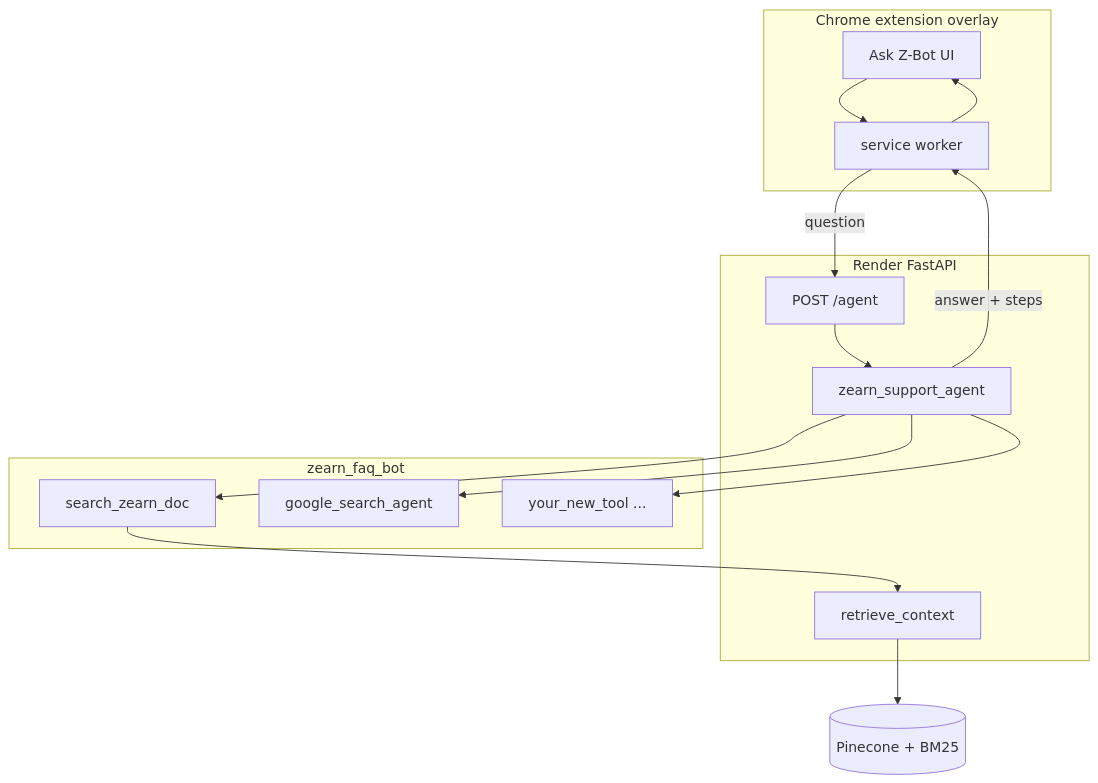
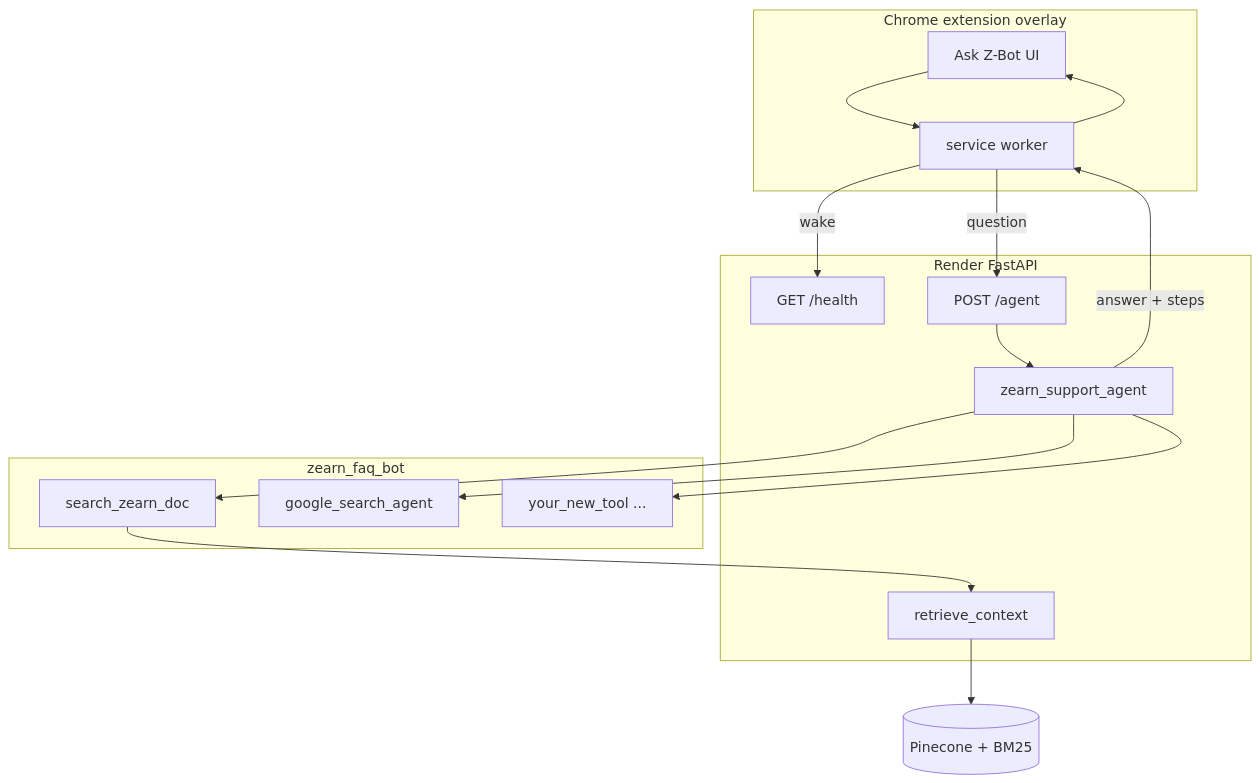
Before and after one commit to angyb/AI-Internship: the diagram in ai-engineering-bootcamp-v2/week-2/rag-vector-databases/chrome-extension-plan.md, drawn with Mermaid. The commit also changed other lines of this file, not shown here.

````diff
--- a/ai-engineering-bootcamp-v2/week-2/rag-vector-databases/chrome-extension-plan.md
+++ b/ai-engineering-bootcamp-v2/week-2/rag-vector-databases/chrome-extension-plan.md
@@ -88,32 +99,34 @@
 ```mermaid
 flowchart TB
   subgraph extension [Chrome extension overlay]
     UI["Ask Z-Bot UI"]
     BG[service worker]
   end
 
   subgraph render [Render FastAPI]
+    Health["GET /health"]
     AgentEP["POST /agent"]
     ADK["zearn_support_agent"]
     Retrieve["retrieve_context"]
   end
 
   subgraph zearnFaqBot [zearn_faq_bot]
     SearchDoc[search_zearn_doc]
     GoogleSearch[google_search_agent]
     FutureTools["your_new_tool ..."]
   end
 
   PC[(Pinecone + BM25)]
 
   UI --> BG
+  BG -->|"wake"| Health
   BG -->|"question"| AgentEP
   AgentEP --> ADK
   ADK --> SearchDoc
   ADK --> GoogleSearch
   ADK --> FutureTools
   SearchDoc --> Retrieve
   Retrieve --> PC
   ADK -->|"answer + steps"| BG
   BG --> UI
 ```
````
